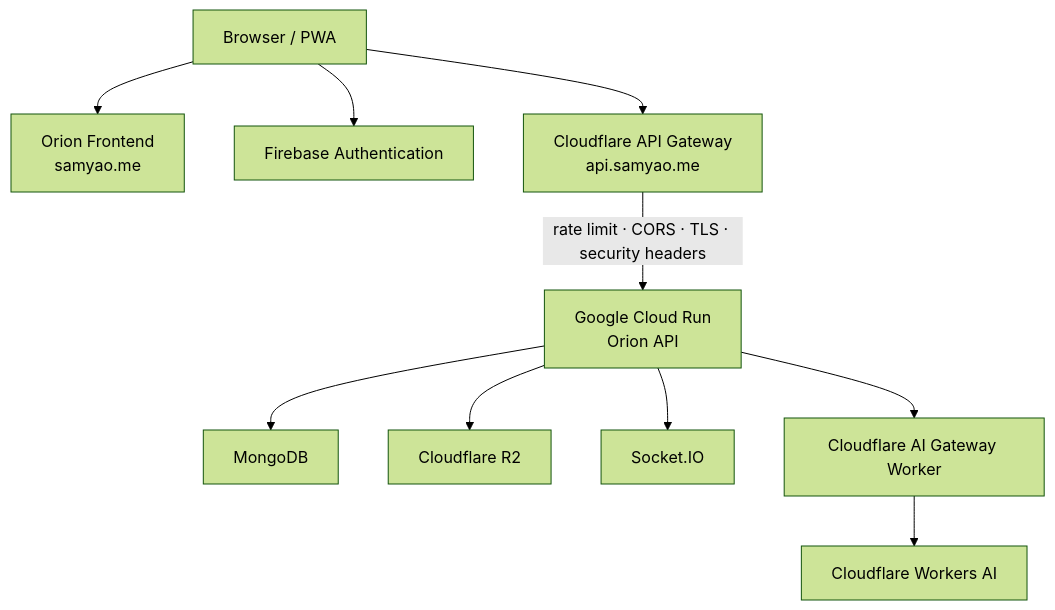
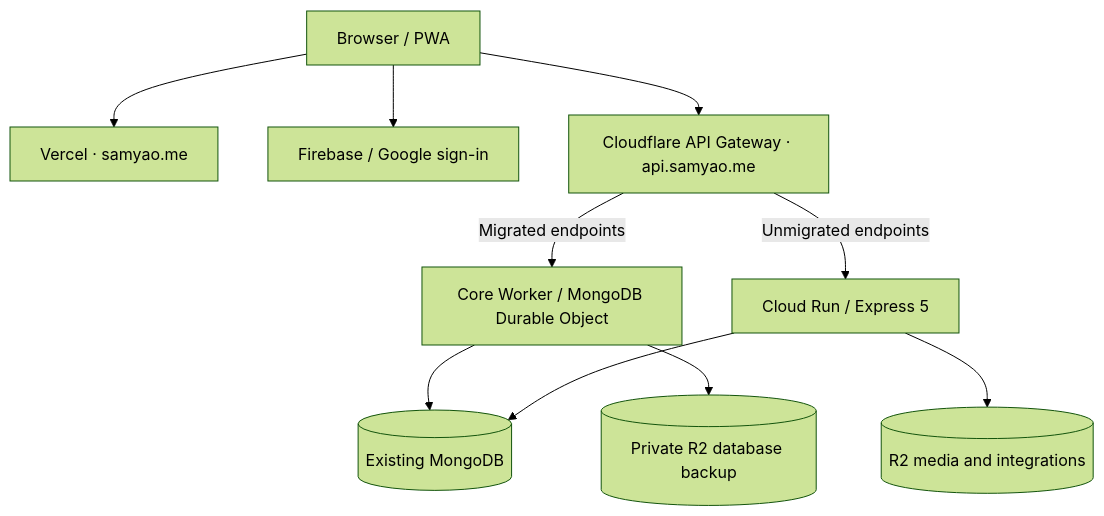
Before and after one commit to orion-ai-club/orion-frontend: the second of 3 diagrams in README.md, drawn with Mermaid (forest theme). The commit also changed other lines of this file and 1 other file, not shown here.

Commit message:
docs: align Orion frontend with actual Cloudflare migration status (#36)

````diff
--- a/README.md
+++ b/README.md
@@ -98,23 +100,12 @@
 ```mermaid
 flowchart TD
-    Browser["Browser / PWA"]
-    Frontend["Orion Frontend<br/>samyao.me"]
-    Firebase["Firebase Authentication"]
-    Edge["Cloudflare API Gateway<br/>api.samyao.me"]
-    API["Google Cloud Run<br/>Orion API"]
-    Mongo["MongoDB"]
-    R2["Cloudflare R2"]
-    Realtime["Socket.IO"]
-    AIGateway["Cloudflare AI Gateway Worker"]
-    WorkersAI["Cloudflare Workers AI"]
-
-    Browser --> Frontend
-    Browser --> Firebase
-    Browser --> Edge
-    Edge -->|"rate limit · CORS · TLS · security headers"| API
-    API --> Mongo
-    API --> R2
-    API --> Realtime
-    API --> AIGateway
-    AIGateway --> WorkersAI
+    Browser["Browser / PWA"] --> Front["Vercel · samyao.me"]
+    Browser --> Firebase["Firebase / Google sign-in"]
+    Browser --> Gateway["Cloudflare API Gateway · api.samyao.me"]
+    Gateway -->|"Migrated endpoints"| Core["Core Worker / MongoDB Durable Object"]
+    Gateway -->|"Unmigrated endpoints"| Legacy["Cloud Run / Express 5"]
+    Core --> Mongo[("Existing MongoDB")]
+    Legacy --> Mongo
+    Core --> R2[("Private R2 database backup")]
+    Legacy --> Media[("R2 media and integrations")]
 ```
````
